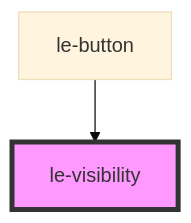
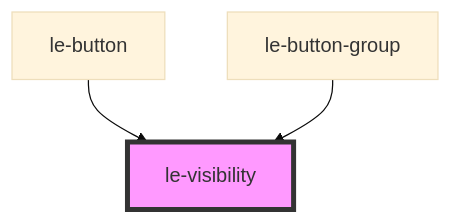
The diagram in packages/core/src/components/le-visibility/readme.md (leechy/le-kit), drawn with Mermaid (base theme) before and after one commit. The commit also changed other lines of this file and 11 other files, not shown here.

````diff
--- a/packages/core/src/components/le-visibility/readme.md
+++ b/packages/core/src/components/le-visibility/readme.md
@@ -35,5 +36,6 @@
 ```mermaid
 graph TD;
   le-button --> le-visibility
+  le-button-group --> le-visibility
   style le-visibility fill:#f9f,stroke:#333,stroke-width:4px
 ```
````
